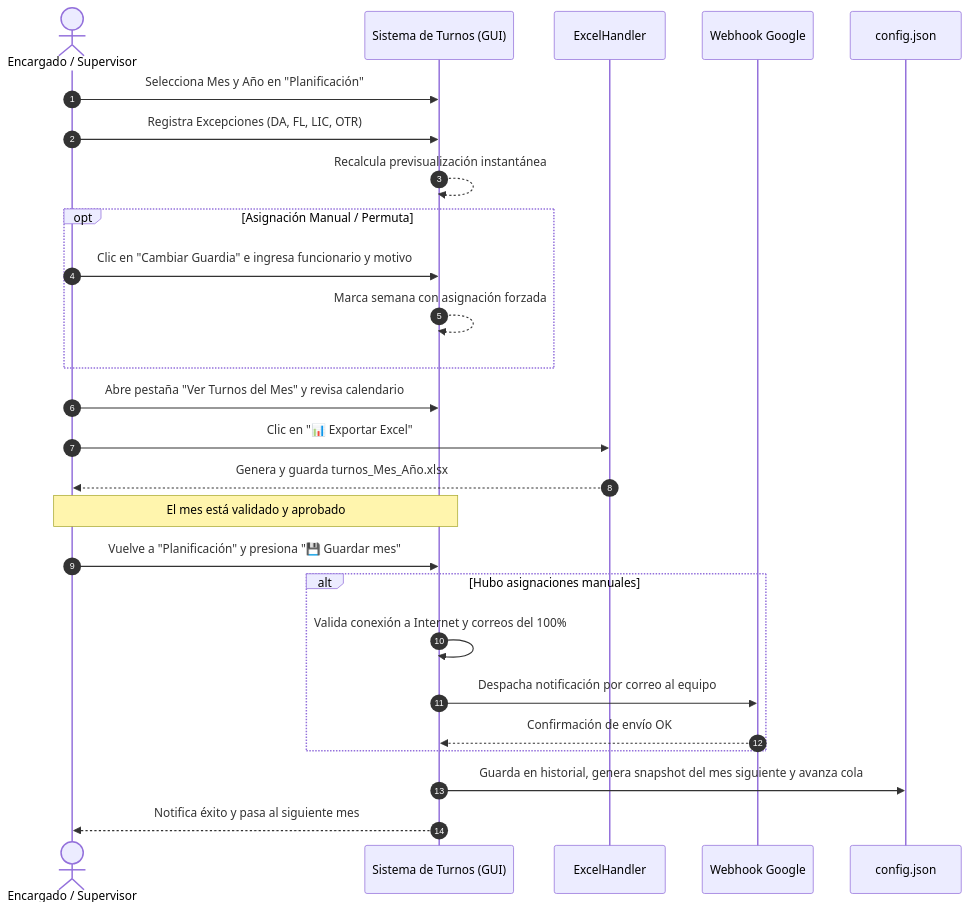
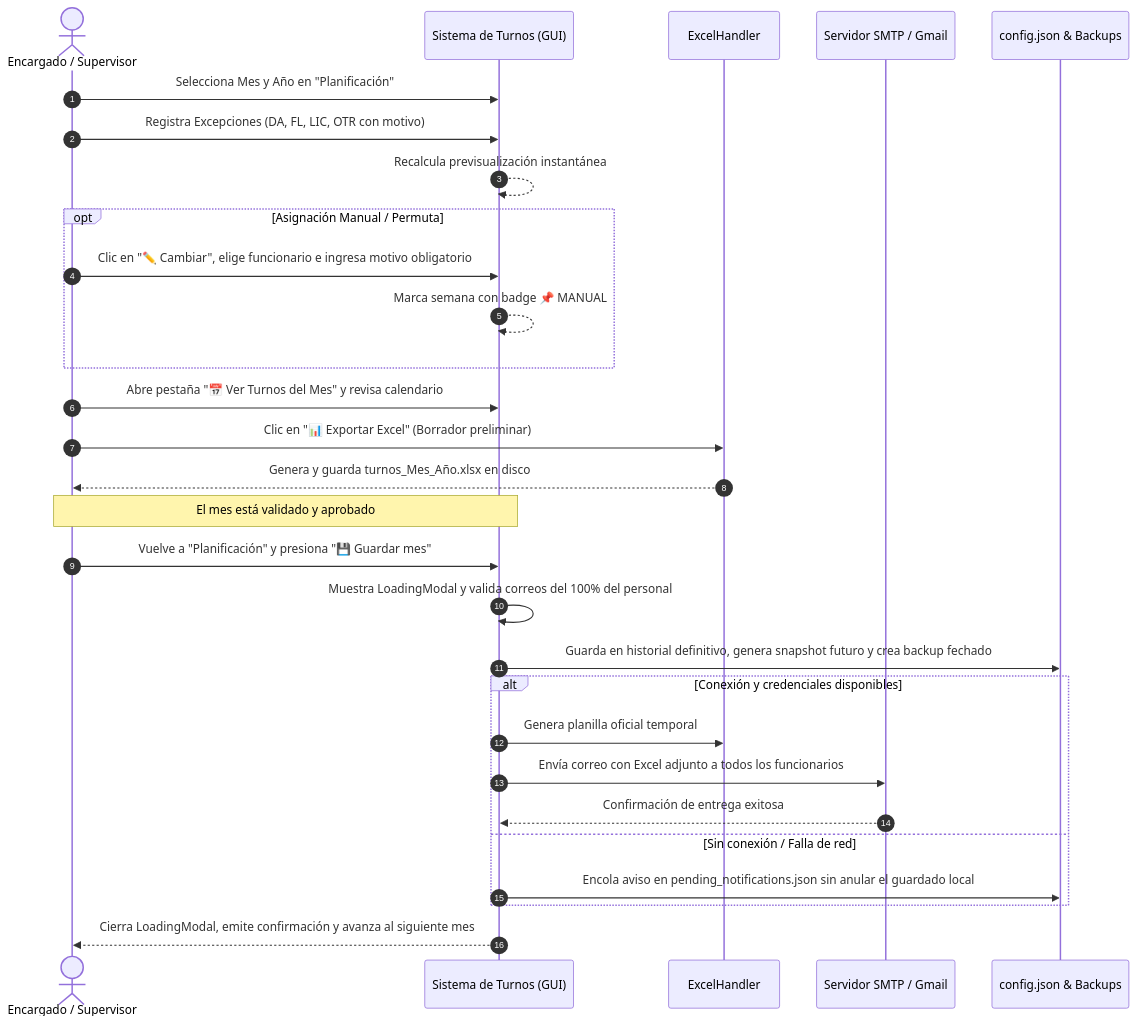
The second of 2 diagrams in README.md (MartinLopez1011/Sistema-de-turnos), drawn with Mermaid before and after one commit. The commit also changed other lines of this file and 1 other file, not shown here.

Commit message:
docs: remove HTML user manual and update README

````diff
--- a/README.md
+++ b/README.md
@@ -446,29 +411,32 @@
 ```mermaid
 sequenceDiagram
     autonumber
     actor Sup as Encargado / Supervisor
     participant UI as Sistema de Turnos (GUI)
     participant XL as ExcelHandler
-    participant GAS as Webhook Google
-    participant DB as config.json
+    participant SMTP as Servidor SMTP / Gmail
+    participant DB as config.json & Backups
 
     Sup->>UI: Selecciona Mes y Año en "Planificación"
-    Sup->>UI: Registra Excepciones (DA, FL, LIC, OTR)
+    Sup->>UI: Registra Excepciones (DA, FL, LIC, OTR con motivo)
     UI-->>UI: Recalcula previsualización instantánea
     opt Asignación Manual / Permuta
-        Sup->>UI: Clic en "Cambiar Guardia" e ingresa funcionario y motivo
-        UI-->>UI: Marca semana con asignación forzada
+        Sup->>UI: Clic en "✏️ Cambiar", elige funcionario e ingresa motivo obligatorio
+        UI-->>UI: Marca semana con badge 📌 MANUAL
     end
-    Sup->>UI: Abre pestaña "Ver Turnos del Mes" y revisa calendario
-    Sup->>XL: Clic en "📊 Exportar Excel"
-    XL-->>Sup: Genera y guarda turnos_Mes_Año.xlsx
+    Sup->>UI: Abre pestaña "📅 Ver Turnos del Mes" y revisa calendario
+    Sup->>XL: Clic en "📊 Exportar Excel" (Borrador preliminar)
+    XL-->>Sup: Genera y guarda turnos_Mes_Año.xlsx en disco
     Note over Sup,UI: El mes está validado y aprobado
     Sup->>UI: Vuelve a "Planificación" y presiona "💾 Guardar mes"
-    alt Hubo asignaciones manuales
-        UI->>UI: Valida conexión a Internet y correos del 100%
-        UI->>GAS: Despacha notificación por correo al equipo
-        GAS-->>UI: Confirmación de envío OK
+    UI->>UI: Muestra LoadingModal y valida correos del 100% del personal
+    UI->>DB: Guarda en historial definitivo, genera snapshot futuro y crea backup fechado
+    alt Conexión y credenciales disponibles
+        UI->>XL: Genera planilla oficial temporal
+        UI->>SMTP: Envía correo con Excel adjunto a todos los funcionarios
+        SMTP-->>UI: Confirmación de entrega exitosa
+    else Sin conexión / Falla de red
+        UI->>DB: Encola aviso en pending_notifications.json sin anular el guardado local
     end
-    UI->>DB: Guarda en historial, genera snapshot del mes siguiente y avanza cola
-    UI-->>Sup: Notifica éxito y pasa al siguiente mes
+    UI-->>Sup: Cierra LoadingModal, emite confirmación y avanza al siguiente mes
 ```
````
